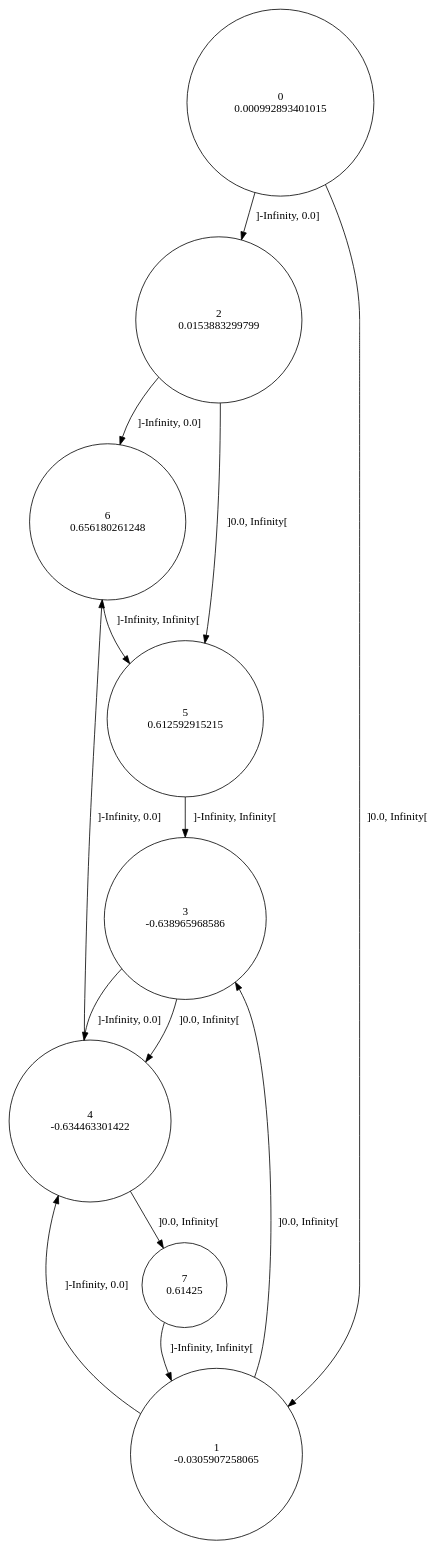
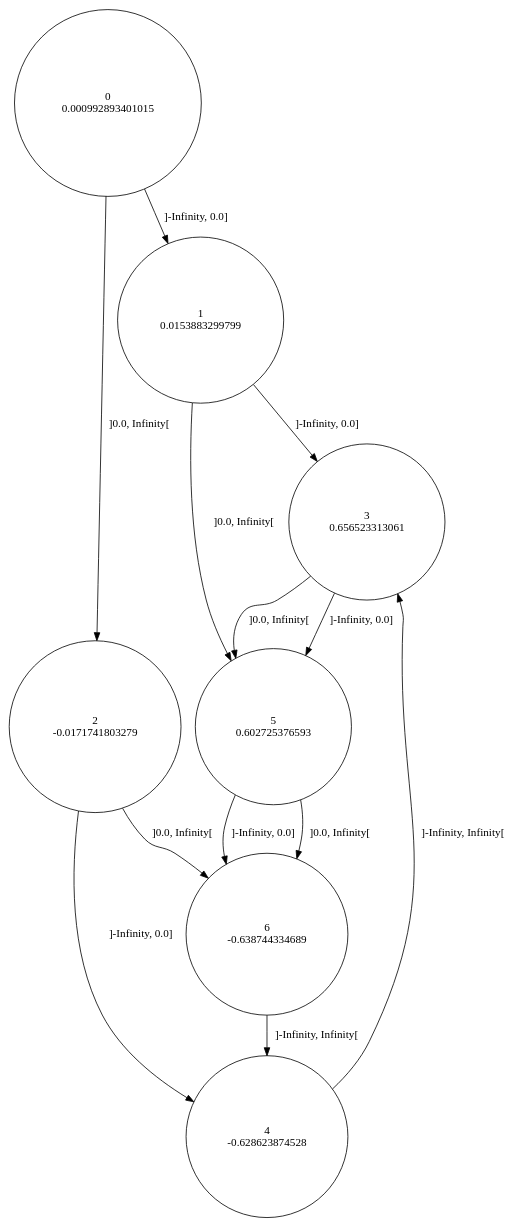
Before and after one commit to gllpellegrino/RAI_experiments: the diagram in sinus/data/1/rtisy.dot, drawn with Graphviz. The commit also changed 168 other files, not shown here.

```diff
--- a/sinus/data/1/rtisy.dot
+++ b/sinus/data/1/rtisy.dot
@@ -1,23 +1,21 @@
 digraph a {
 0 [shape=circle, label="0\n0.000992893401015"];
-	0 -> 2 [label="]-Infinity, 0.0]"];
-	0 -> 1 [label="]0.0, Infinity["];
-1 [shape=circle, label="1\n-0.0305907258065"];
-	1 -> 4 [label="]-Infinity, 0.0]"];
-	1 -> 3 [label="]0.0, Infinity["];
-2 [shape=circle, label="2\n0.0153883299799"];
-	2 -> 6 [label="]-Infinity, 0.0]"];
-	2 -> 5 [label="]0.0, Infinity["];
-3 [shape=circle, label="3\n-0.638965968586"];
-	3 -> 4 [label="]-Infinity, 0.0]"];
-	3 -> 4 [label="]0.0, Infinity["];
-4 [shape=circle, label="4\n-0.634463301422"];
-	4 -> 6 [label="]-Infinity, 0.0]"];
-	4 -> 7 [label="]0.0, Infinity["];
-5 [shape=circle, label="5\n0.612592915215"];
-	5 -> 3 [label="]-Infinity, Infinity["];
-6 [shape=circle, label="6\n0.656180261248"];
-	6 -> 5 [label="]-Infinity, Infinity["];
-7 [shape=circle, label="7\n0.61425"];
-	7 -> 1 [label="]-Infinity, Infinity["];
+	0 -> 1 [label="]-Infinity, 0.0]"];
+	0 -> 2 [label="]0.0, Infinity["];
+1 [shape=circle, label="1\n0.0153883299799"];
+	1 -> 3 [label="]-Infinity, 0.0]"];
+	1 -> 5 [label="]0.0, Infinity["];
+2 [shape=circle, label="2\n-0.0171741803279"];
+	2 -> 4 [label="]-Infinity, 0.0]"];
+	2 -> 6 [label="]0.0, Infinity["];
+3 [shape=circle, label="3\n0.656523313061"];
+	3 -> 5 [label="]-Infinity, 0.0]"];
+	3 -> 5 [label="]0.0, Infinity["];
+4 [shape=circle, label="4\n-0.628623874528"];
+	4 -> 3 [label="]-Infinity, Infinity["];
+5 [shape=circle, label="5\n0.602725376593"];
+	5 -> 6 [label="]-Infinity, 0.0]"];
+	5 -> 6 [label="]0.0, Infinity["];
+6 [shape=circle, label="6\n-0.638744334689"];
+	6 -> 4 [label="]-Infinity, Infinity["];
 }
```
